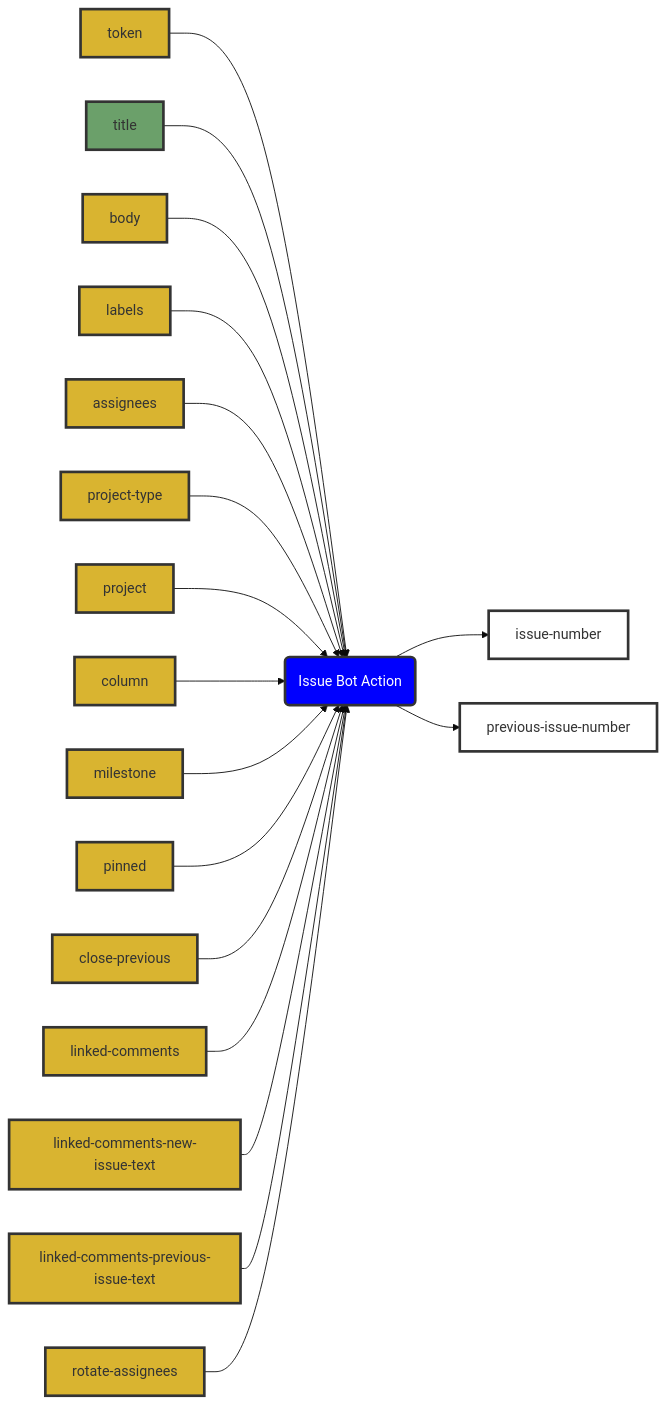
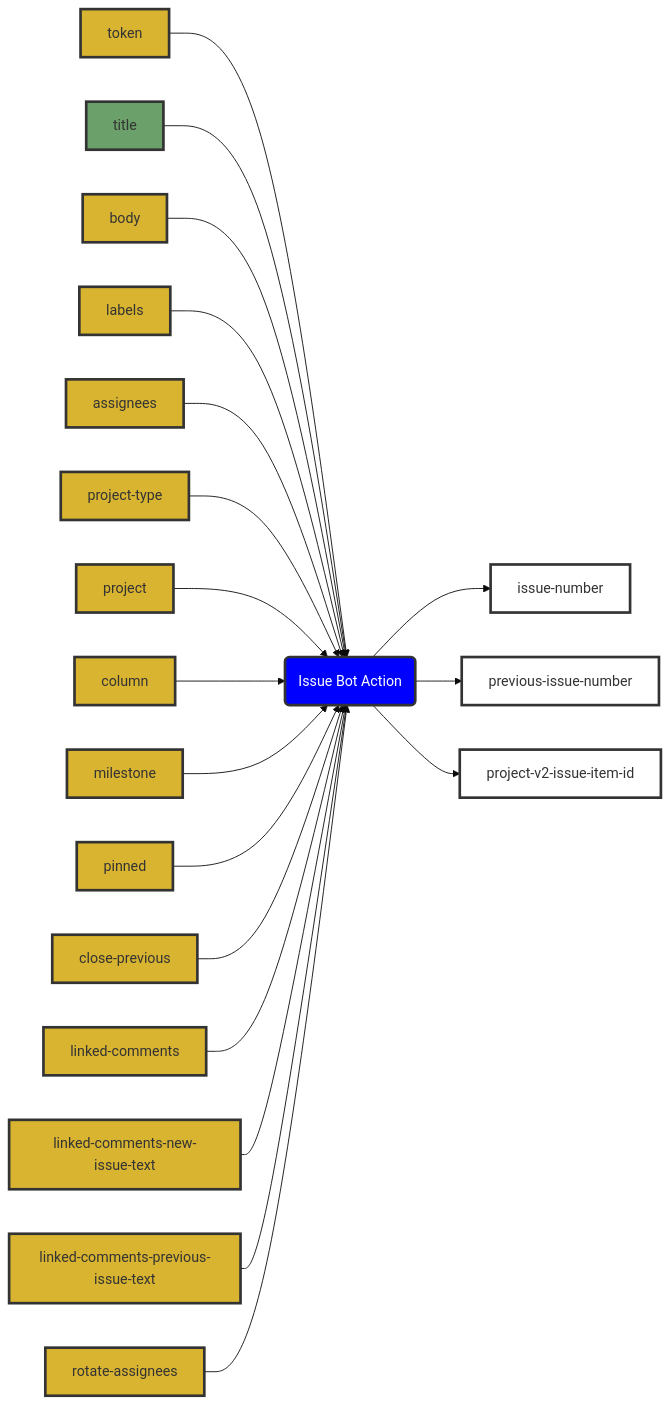
Before and after one commit to imjohnbo/issue-bot: the diagram in README.md, drawn with Mermaid (base theme). The commit also changed 3 other files, not shown here.

Commit message:
Add project-v2-issue-item-id

````diff
--- a/README.md
+++ b/README.md
@@ -70,41 +70,43 @@
 ```mermaid
 flowchart LR
 token:::optional-->action(Issue Bot Action):::action
 title:::required-->action(Issue Bot Action):::action
 body:::optional-->action(Issue Bot Action):::action
 labels:::optional-->action(Issue Bot Action):::action
 assignees:::optional-->action(Issue Bot Action):::action
 project-type:::optional-->action(Issue Bot Action):::action
 project:::optional-->action(Issue Bot Action):::action
 column:::optional-->action(Issue Bot Action):::action
 milestone:::optional-->action(Issue Bot Action):::action
 pinned:::optional-->action(Issue Bot Action):::action
 close-previous:::optional-->action(Issue Bot Action):::action
 linked-comments:::optional-->action(Issue Bot Action):::action
 linked-comments-new-issue-text:::optional-->action(Issue Bot Action):::action
 linked-comments-previous-issue-text:::optional-->action(Issue Bot Action):::action
 rotate-assignees:::optional-->action(Issue Bot Action):::action
 action(Issue Bot Action)-->issue-number:::output
 action(Issue Bot Action)-->previous-issue-number:::output
+action(Issue Bot Action)-->project-v2-issue-item-id:::output
 classDef required fill:#6ba06a,stroke:#333,stroke-width:3px
 classDef optional fill:#d9b430,stroke:#333,stroke-width:3px
 classDef action fill:blue,stroke:#333,stroke-width:3px,color:#ffffff
 classDef output fill:#fff,stroke:#333,stroke-width:3px,color:#333
 click token "https://github.com/imjohnbo/issue-bot/blob/main/action.yml#L9"
 click title "https://github.com/imjohnbo/issue-bot/blob/main/action.yml#L15"
 click body "https://github.com/imjohnbo/issue-bot/blob/main/action.yml#L20"
 click labels "https://github.com/imjohnbo/issue-bot/blob/main/action.yml#L25"
 click assignees "https://github.com/imjohnbo/issue-bot/blob/main/action.yml#L30"
 click project-type "https://github.com/imjohnbo/issue-bot/blob/main/action.yml#L36"
 click project "https://github.com/imjohnbo/issue-bot/blob/main/action.yml#L11"
 click column "https://github.com/imjohnbo/issue-bot/blob/main/action.yml#L49"
 click milestone "https://github.com/imjohnbo/issue-bot/blob/main/action.yml#L55"
 click pinned "https://github.com/imjohnbo/issue-bot/blob/main/action.yml#L60"
 click close-previous "https://github.com/imjohnbo/issue-bot/blob/main/action.yml#L67"
 click linked-comments "https://github.com/imjohnbo/issue-bot/blob/main/action.yml#L74"
 click linked-comments-new-issue-text "https://github.com/imjohnbo/issue-bot/blob/main/action.yml#L82"
 click linked-comments-previous-issue-text "https://github.com/imjohnbo/issue-bot/blob/main/action.yml#L89"
 click rotate-assignees "https://github.com/imjohnbo/issue-bot/blob/main/action.yml#L96"
 click issue-number "https://github.com/imjohnbo/issue-bot/blob/main/action.yml#L104"
 click previous-issue-number "https://github.com/imjohnbo/issue-bot/blob/main/action.yml#L107"
+click project-v2-issue-item-id "https://github.com/imjohnbo/issue-bot/blob/main/action.yml#L117"
 ```
````
